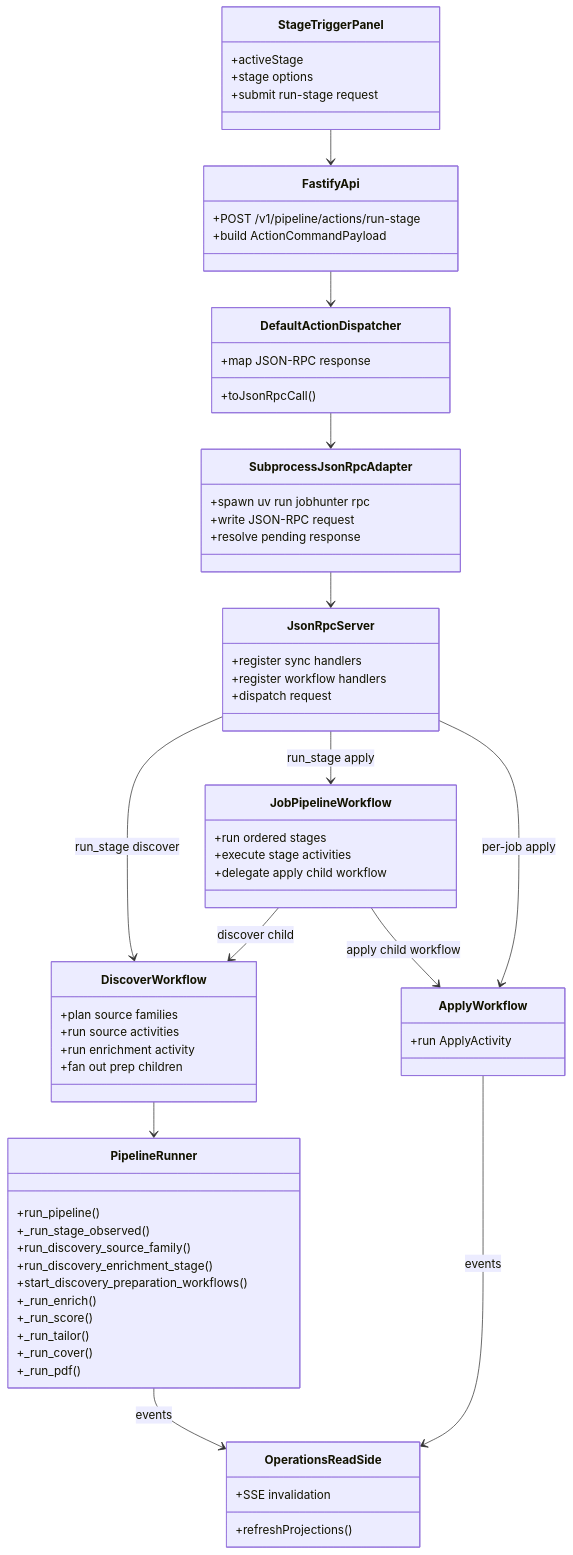
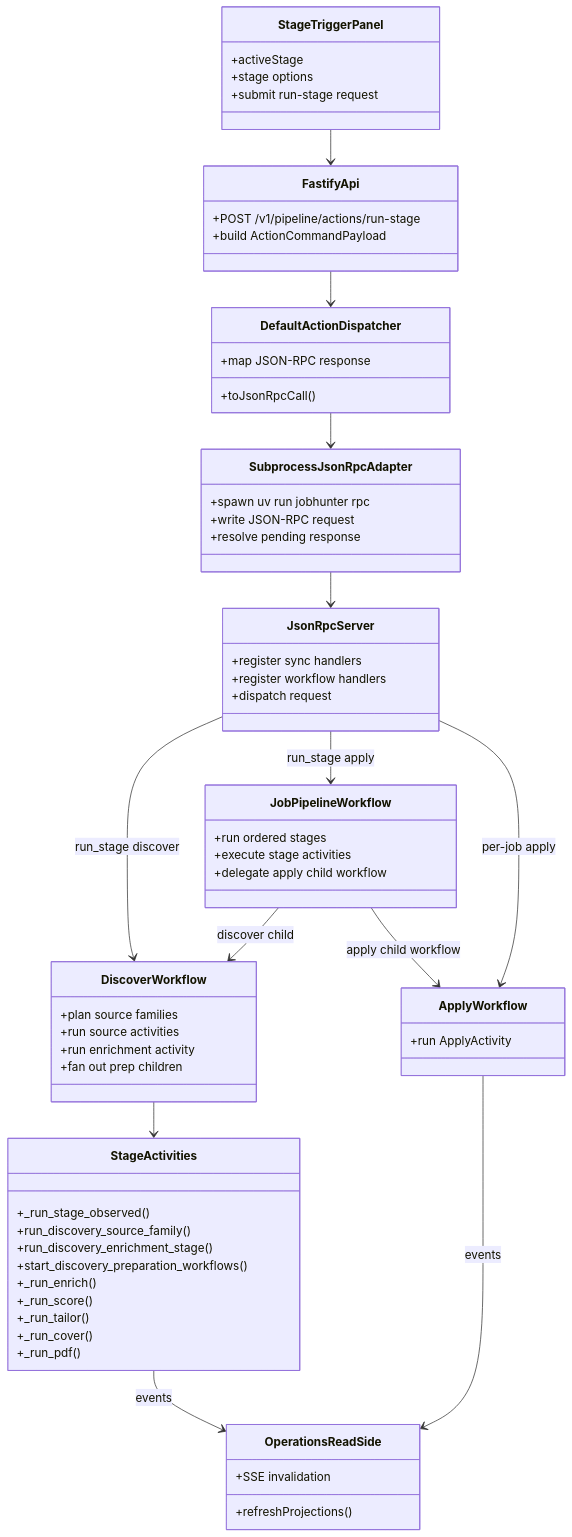
One commit to ebarti/JobCtrl changed the second of 16 diagrams in docs/job-pipeline-architecture.md. Above: the diagram before and after it, drawn with Mermaid. The commit also changed other lines of this file and 69 other files, not shown here.

````diff
--- a/docs/job-pipeline-architecture.md
+++ b/docs/job-pipeline-architecture.md
@@ -137,69 +139,68 @@
 ```mermaid
 classDiagram
     class StageTriggerPanel {
       +activeStage
       +stage options
       +submit run-stage request
     }
     class FastifyApi {
       +POST /v1/pipeline/actions/run-stage
       +build ActionCommandPayload
     }
     class DefaultActionDispatcher {
       +toJsonRpcCall()
       +map JSON-RPC response
     }
     class SubprocessJsonRpcAdapter {
       +spawn uv run jobhunter rpc
       +write JSON-RPC request
       +resolve pending response
     }
     class JsonRpcServer {
       +register sync handlers
       +register workflow handlers
       +dispatch request
     }
     class JobPipelineWorkflow {
       +run ordered stages
       +execute stage activities
       +delegate apply child workflow
     }
     class DiscoverWorkflow {
       +plan source families
       +run source activities
       +run enrichment activity
       +fan out prep children
     }
-    class PipelineRunner {
-      +run_pipeline()
+    class StageActivities {
       +_run_stage_observed()
       +run_discovery_source_family()
       +run_discovery_enrichment_stage()
       +start_discovery_preparation_workflows()
       +_run_enrich()
       +_run_score()
       +_run_tailor()
       +_run_cover()
       +_run_pdf()
     }
     class ApplyWorkflow {
       +run ApplyActivity
     }
     class OperationsReadSide {
       +refreshProjections()
       +SSE invalidation
     }
 
     StageTriggerPanel --> FastifyApi
     FastifyApi --> DefaultActionDispatcher
     DefaultActionDispatcher --> SubprocessJsonRpcAdapter
     SubprocessJsonRpcAdapter --> JsonRpcServer
     JsonRpcServer --> DiscoverWorkflow : run_stage discover
     JsonRpcServer --> JobPipelineWorkflow : run_stage apply
     JsonRpcServer --> ApplyWorkflow : per-job apply
     JobPipelineWorkflow --> DiscoverWorkflow : discover child
     JobPipelineWorkflow --> ApplyWorkflow : apply child workflow
-    DiscoverWorkflow --> PipelineRunner
-    PipelineRunner --> OperationsReadSide : events
+    DiscoverWorkflow --> StageActivities
+    StageActivities --> OperationsReadSide : events
     ApplyWorkflow --> OperationsReadSide : events
 ```
````
